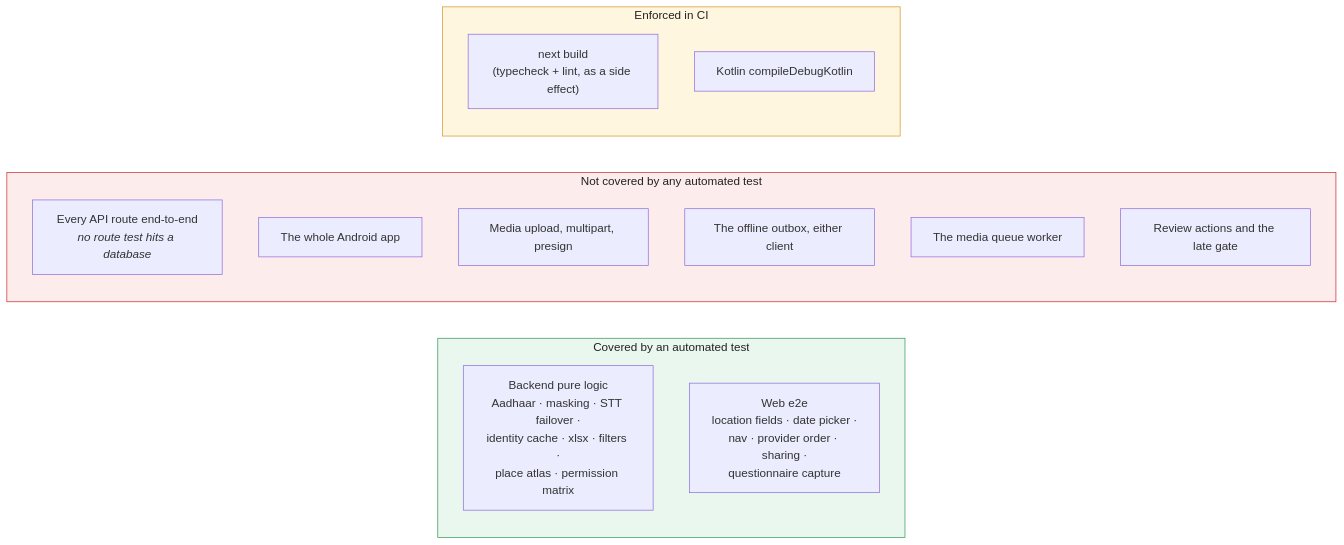
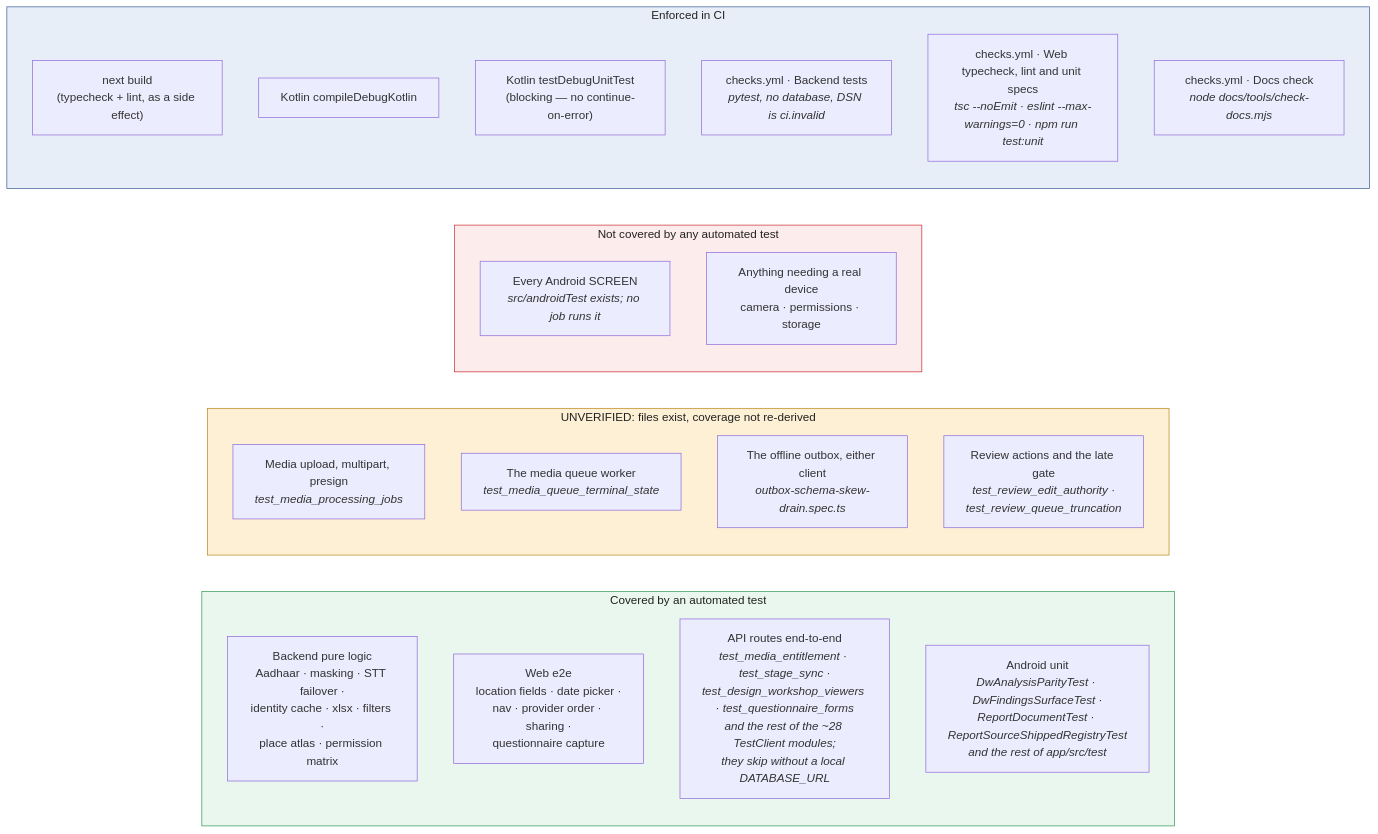
One commit to cxacraftecosystem-ui/designer-portal changed the diagram in docs/QA_AUDIT.md. Above: the diagram before and after it, drawn with Mermaid. The commit also changed other lines of this file and 80 other files, not shown here.

````diff
--- a/docs/QA_AUDIT.md
+++ b/docs/QA_AUDIT.md
@@ -16,23 +16,32 @@
 ```mermaid
 flowchart LR
   subgraph tested["Covered by an automated test"]
     B1["Backend pure logic<br/>Aadhaar · masking · STT failover ·<br/>identity cache · xlsx · filters ·<br/>place atlas · permission matrix"]
     E1["Web e2e<br/>location fields · date picker ·<br/>nav · provider order · sharing ·<br/>questionnaire capture"]
+    R1["API routes end-to-end<br/><i>test_media_entitlement · test_stage_sync ·<br/>test_design_workshop_viewers · test_questionnaire_forms<br/>and the rest of the ~28 TestClient modules;<br/>they skip without a local DATABASE_URL</i>"]
+    K1["Android unit<br/><i>DwAnalysisParityTest · DwFindingsSurfaceTest ·<br/>ReportDocumentTest · ReportSourceShippedRegistryTest<br/>and the rest of app/src/test</i>"]
+  end
+  subgraph unverified["UNVERIFIED: files exist, coverage not re-derived"]
+    V1["Media upload, multipart, presign<br/><i>test_media_processing_jobs</i>"]
+    V3["The media queue worker<br/><i>test_media_queue_terminal_state</i>"]
+    V2["The offline outbox, either client<br/><i>outbox-schema-skew-drain.spec.ts</i>"]
+    V4["Review actions and the late gate<br/><i>test_review_edit_authority ·<br/>test_review_queue_truncation</i>"]
   end
   subgraph untested["Not covered by any automated test"]
-    U1["Every API route end-to-end<br/><i>no route test hits a database</i>"]
-    U2["The whole Android app"]
-    U3["Media upload, multipart, presign"]
-    U4["The offline outbox, either client"]
-    U5["The media queue worker"]
-    U6["Review actions and the late gate"]
+    U2["Every Android SCREEN<br/><i>src/androidTest exists; no job runs it</i>"]
+    U7["Anything needing a real device<br/>camera · permissions · storage"]
   end
   subgraph gated["Enforced in CI"]
     G1["next build<br/>(typecheck + lint, as a side effect)"]
     G2["Kotlin compileDebugKotlin"]
+    G3["Kotlin testDebugUnitTest<br/>(blocking — no continue-on-error)"]
+    G4["checks.yml · Backend tests<br/><i>pytest, no database, DSN is ci.invalid</i>"]
+    G5["checks.yml · Web typecheck, lint and unit specs<br/><i>tsc --noEmit · eslint --max-warnings=0 · npm run test:unit</i>"]
+    G6["checks.yml · Docs check<br/><i>node docs/tools/check-docs.mjs</i>"]
   end
 
   style untested fill:#fdecec,stroke:#c33,color:#222
   style tested fill:#eaf7ee,stroke:#3a9a5c,color:#222
-  style gated fill:#fff6e0,stroke:#d89a2a,color:#222
+  style unverified fill:#fdf0d5,stroke:#c08a1e,color:#222
+  style gated fill:#e8eef8,stroke:#41639c,color:#222
 ```
````
